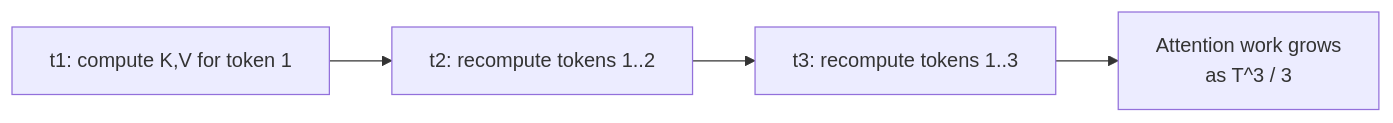
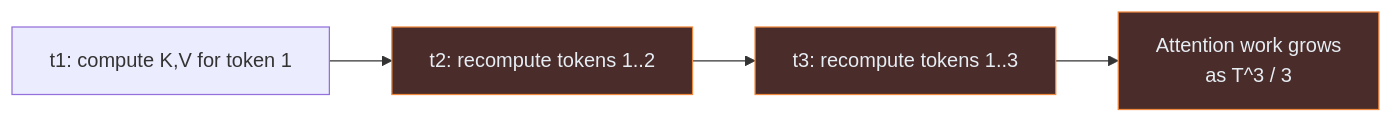
One commit to danilop/micro-gpt-and-beyond changed the diagram in walk-the-code/diagrams/kv_naive.mmd. Above: the diagram before and after it, drawn with Mermaid. The commit also changed 59 other files, not shown here.

```diff
--- a/walk-the-code/diagrams/kv_naive.mmd
+++ b/walk-the-code/diagrams/kv_naive.mmd
@@ -1,4 +1,7 @@
+%% palette: costly = work redone from scratch every step
 graph LR
     n_step1["t1: compute K,V for token 1"] --> n_step2["t2: recompute tokens 1..2"]
     n_step2 --> n_stepT["t3: recompute tokens 1..3"]
     n_stepT --> total["Attention work grows<br/>as T^3 / 3"]
+    classDef costly fill:#4a2c2a,stroke:#f0883e,color:#e6edf3
+    class n_step2,n_stepT,total costly
```
